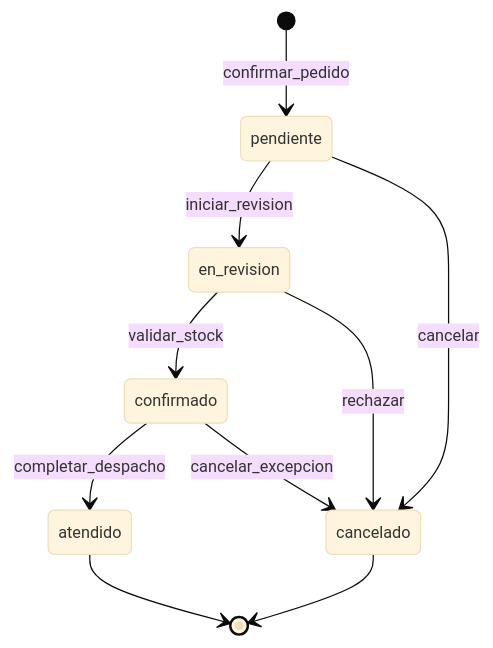
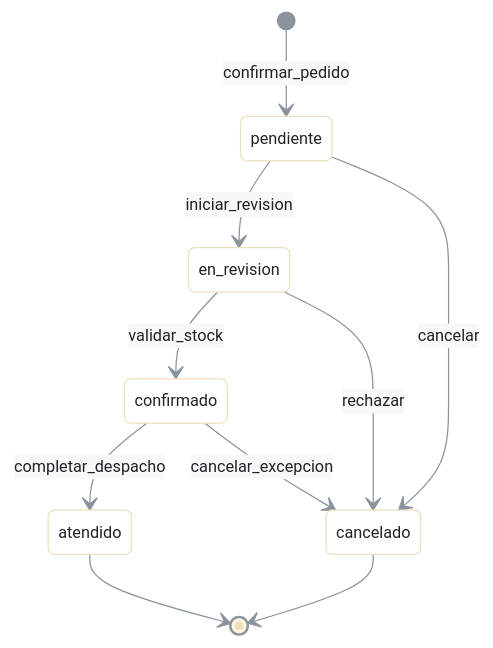
The second of 3 diagrams in 01-arquitectura/topologia-y-patron.md (Ipolari2645/prueba), drawn with Mermaid before and after one commit. The commit also changed other lines of this file and 4 other files, not shown here.

````diff
--- a/01-arquitectura/topologia-y-patron.md
+++ b/01-arquitectura/topologia-y-patron.md
@@ -179,17 +179,17 @@
 ```mermaid
-%%{init: {"theme":"base","themeVariables":{"fontSize":"13px"}}}%%
+%%{init: {"theme":"base","themeVariables":{"fontFamily":"Arial, Helvetica, sans-serif","fontSize":"13px","lineColor":"#8b949e","arrowheadColor":"#8b949e","transitionColor":"#8b949e","transitionLabelColor":"#1f2328","stateBkg":"#ffffff","stateBorder":"#8b949e","stateLabelColor":"#1f2328","labelColor":"#1f2328","textColor":"#1f2328","edgeLabelBackground":"#f6f8fa"}}}%%
 stateDiagram-v2
     [*] --> pendiente : confirmar_pedido
     
     pendiente --> en_revision : iniciar_revision
     pendiente --> cancelado : cancelar
     
     en_revision --> confirmado : validar_stock
     en_revision --> cancelado : rechazar
     
     confirmado --> atendido : completar_despacho
     confirmado --> cancelado : cancelar_excepcion
     
     atendido --> [*]
     cancelado --> [*]
 ```
````
